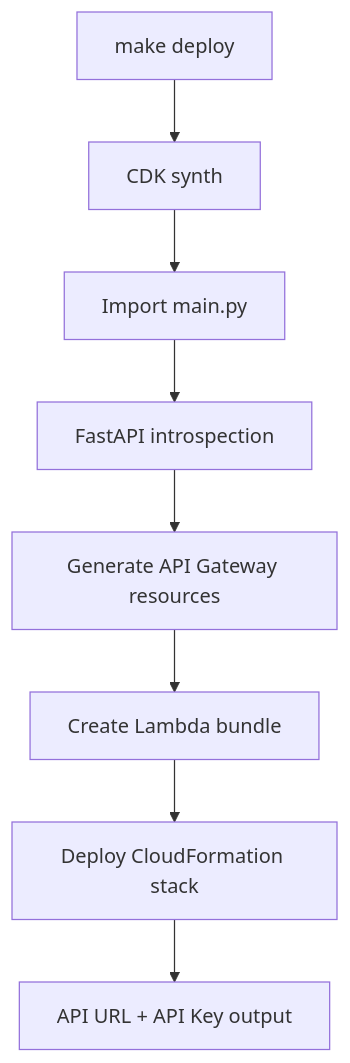
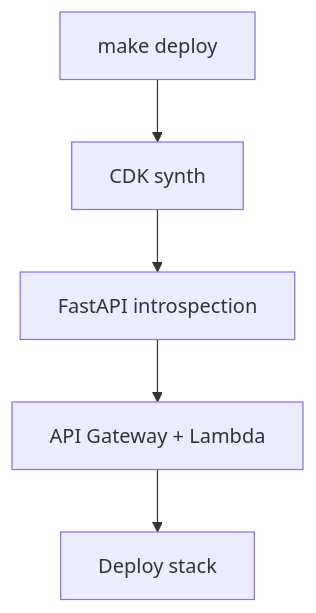
One commit to bayesjumping/fastapi_gateway changed the diagram in readme.md. Above: the diagram before and after it, drawn with Mermaid.

Commit message:
refactor: Simplify flowchart in README to enhance clarity of deployment process

````diff
--- a/readme.md
+++ b/readme.md
@@ -18,10 +18,7 @@
 ```mermaid
 flowchart TD
         A[make deploy] --> B[CDK synth]
-        B --> C[Import main.py]
-        C --> D[FastAPI introspection]
-        D --> E[Generate API Gateway resources]
-        E --> F[Create Lambda bundle]
-        F --> G[Deploy CloudFormation stack]
-        G --> H[API URL + API Key output]
+        B --> C[FastAPI introspection]
+        C --> D[API Gateway + Lambda]
+        D --> E[Deploy stack]
 ```
````
